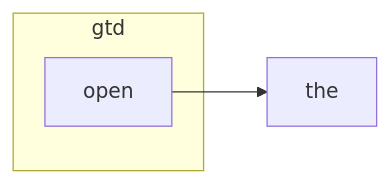
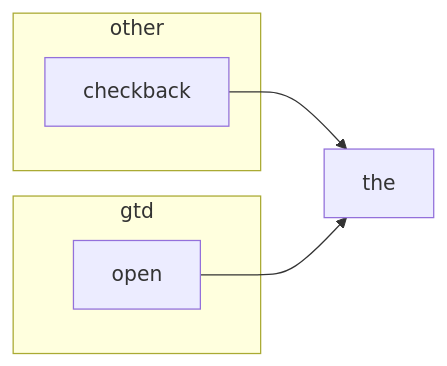
Before and after one commit to gordonium/sancho: the third of 4 diagrams in MAP.md, drawn with Mermaid. The commit also changed other lines of this file and 26 other files, not shown here.

````diff
--- a/MAP.md
+++ b/MAP.md
@@ -64,7 +64,11 @@
 ```mermaid
 flowchart LR
   subgraph gtd
     open[open]
   end
+  subgraph other
+    checkback[checkback]
+  end
+  checkback --> the
   open --> the
 ```
````
